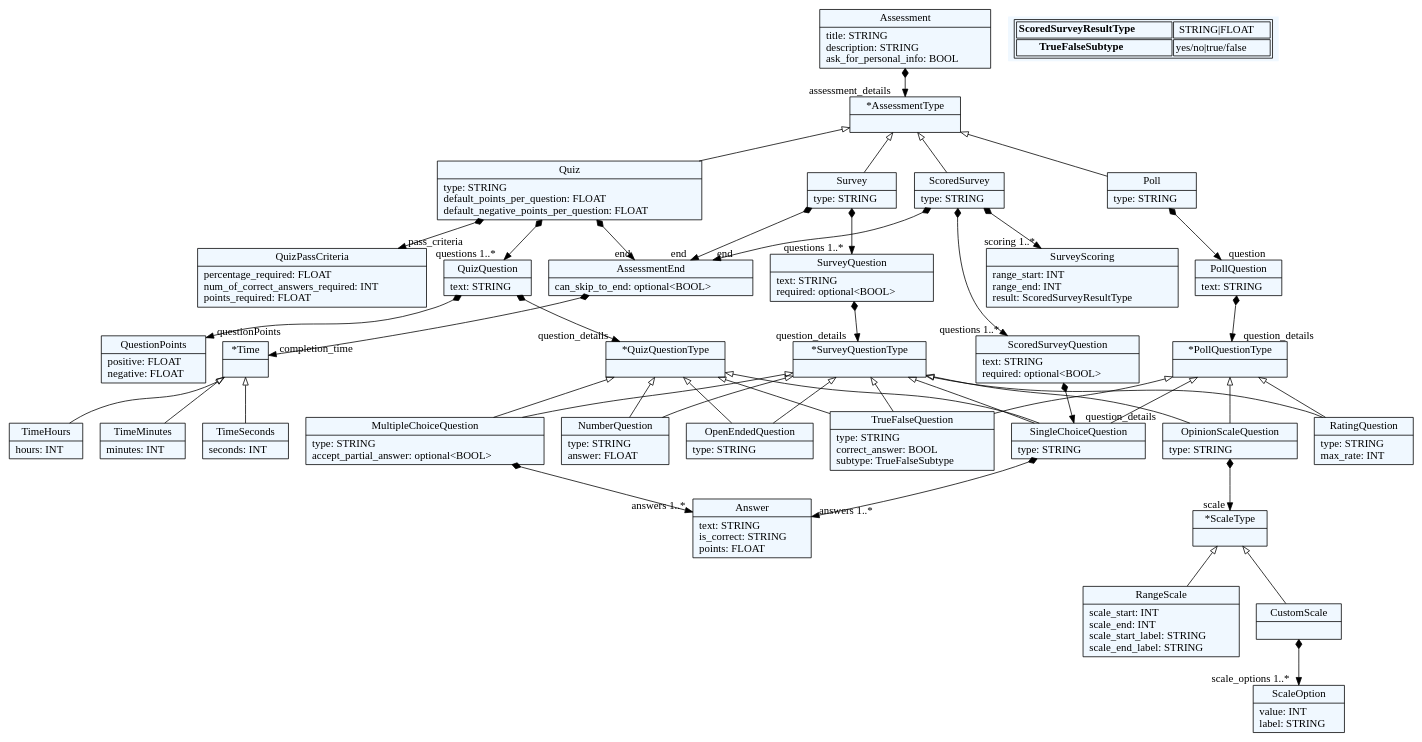
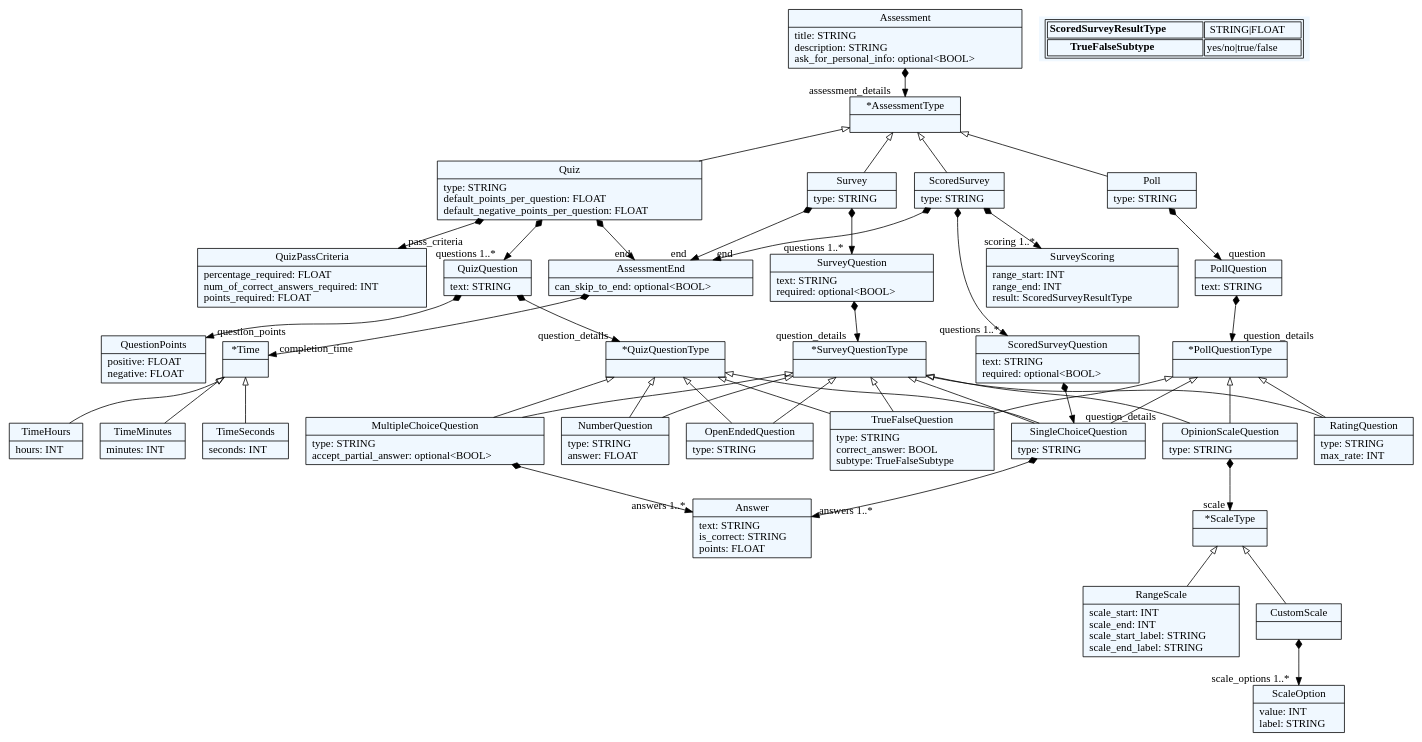
One commit to NevenaAl/QuesTech changed the diagram in dot_files/grammar.dot. Above: the diagram before and after it, drawn with Graphviz. The commit also changed 4 other files, not shown here.

```diff
--- a/dot_files/grammar.dot
+++ b/dot_files/grammar.dot
@@ -1,137 +1,137 @@
 
     digraph textX {
     fontname = "Bitstream Vera Sans"
     fontsize = 8
     node[
         shape=record,
         style=filled,
         fillcolor=aliceblue
     ]
     nodesep = 0.3
     edge[dir=black,arrowtail=empty]
 
 
-1484176457264[ label="{Assessment|title: STRING\ldescription: STRING\lask_for_personal_info: BOOL\l}"]
+1882479885040[ label="{Assessment|title: STRING\ldescription: STRING\lask_for_personal_info: optional\<BOOL\>\l}"]
 
-1484176458240[ label="{*AssessmentType|}"]
+1882479856736[ label="{*AssessmentType|}"]
 
-1484176429936[ label="{Quiz|type: STRING\ldefault_points_per_question: FLOAT\ldefault_negative_points_per_question: FLOAT\l}"]
+1882479882112[ label="{Quiz|type: STRING\ldefault_points_per_question: FLOAT\ldefault_negative_points_per_question: FLOAT\l}"]
 
-1484176428960[ label="{Survey|type: STRING\l}"]
+1882479884064[ label="{Survey|type: STRING\l}"]
 
-1484176427984[ label="{ScoredSurvey|type: STRING\l}"]
+1882479887968[ label="{ScoredSurvey|type: STRING\l}"]
 
-1484176462144[ label="{Poll|type: STRING\l}"]
+1882479855760[ label="{Poll|type: STRING\l}"]
 
-1484176463120[ label="{SurveyScoring|range_start: INT\lrange_end: INT\lresult: ScoredSurveyResultType\l}"]
+1882479889920[ label="{SurveyScoring|range_start: INT\lrange_end: INT\lresult: ScoredSurveyResultType\l}"]
 
-1484176465072[ label="{PollQuestion|text: STRING\l}"]
+1882479858688[ label="{PollQuestion|text: STRING\l}"]
 
-1484176467024[ label="{SurveyQuestion|text: STRING\lrequired: optional\<BOOL\>\l}"]
+1882479897728[ label="{SurveyQuestion|text: STRING\lrequired: optional\<BOOL\>\l}"]
 
-1484176468976[ label="{QuizQuestion|text: STRING\l}"]
+1882479892848[ label="{QuizQuestion|text: STRING\l}"]
 
-1484176470928[ label="{ScoredSurveyQuestion|text: STRING\lrequired: optional\<BOOL\>\l}"]
+1882479898704[ label="{ScoredSurveyQuestion|text: STRING\lrequired: optional\<BOOL\>\l}"]
 
-1484176479712[ label="{*SurveyQuestionType|}"]
+1882479896752[ label="{*SurveyQuestionType|}"]
 
-1484176471904[ label="{*QuizQuestionType|}"]
+1882479867472[ label="{*QuizQuestionType|}"]
 
-1484176473856[ label="{*PollQuestionType|}"]
+1882479901632[ label="{*PollQuestionType|}"]
 
-1484176474832[ label="{QuizPassCriteria|percentage_required: FLOAT\lnum_of_correct_answers_required: INT\lpoints_required: FLOAT\l}"]
+1882479912368[ label="{QuizPassCriteria|percentage_required: FLOAT\lnum_of_correct_answers_required: INT\lpoints_required: FLOAT\l}"]
 
-1484176477760[ label="{QuestionPoints|positive: FLOAT\lnegative: FLOAT\l}"]
+1882479904560[ label="{QuestionPoints|positive: FLOAT\lnegative: FLOAT\l}"]
 
-1484176481664[ label="{OpenEndedQuestion|type: STRING\l}"]
+1882479906512[ label="{OpenEndedQuestion|type: STRING\l}"]
 
-1484176483616[ label="{TrueFalseQuestion|type: STRING\lcorrect_answer: BOOL\lsubtype: TrueFalseSubtype\l}"]
+1882479909440[ label="{TrueFalseQuestion|type: STRING\lcorrect_answer: BOOL\lsubtype: TrueFalseSubtype\l}"]
 
-1484176489472[ label="{SingleChoiceQuestion|type: STRING\l}"]
+1882479911392[ label="{SingleChoiceQuestion|type: STRING\l}"]
 
-1484176485568[ label="{MultipleChoiceQuestion|type: STRING\laccept_partial_answer: optional\<BOOL\>\l}"]
+1882479915296[ label="{MultipleChoiceQuestion|type: STRING\laccept_partial_answer: optional\<BOOL\>\l}"]
 
-1484176592336[ label="{NumberQuestion|type: STRING\lanswer: FLOAT\l}"]
+1882479997664[ label="{NumberQuestion|type: STRING\lanswer: FLOAT\l}"]
 
-1484176563056[ label="{OpinionScaleQuestion|type: STRING\l}"]
+1882480012304[ label="{OpinionScaleQuestion|type: STRING\l}"]
 
-1484176574768[ label="{*ScaleType|}"]
+1882479999616[ label="{*ScaleType|}"]
 
-1484176562080[ label="{RangeScale|scale_start: INT\lscale_end: INT\lscale_start_label: STRING\lscale_end_label: STRING\l}"]
+1882480016208[ label="{RangeScale|scale_start: INT\lscale_end: INT\lscale_start_label: STRING\lscale_end_label: STRING\l}"]
 
-1484176566960[ label="{CustomScale|}"]
+1882480001568[ label="{CustomScale|}"]
 
-1484176568912[ label="{ScaleOption|value: INT\llabel: STRING\l}"]
+1882480024016[ label="{ScaleOption|value: INT\llabel: STRING\l}"]
 
-1484176567936[ label="{RatingQuestion|type: STRING\lmax_rate: INT\l}"]
+1882480004496[ label="{RatingQuestion|type: STRING\lmax_rate: INT\l}"]
 
-1484176591360[ label="{Answer|text: STRING\lis_correct: STRING\lpoints: FLOAT\l}"]
+1882480008400[ label="{Answer|text: STRING\lis_correct: STRING\lpoints: FLOAT\l}"]
 
-1484176560128[ label="{AssessmentEnd|can_skip_to_end: optional\<BOOL\>\l}"]
+1882480019136[ label="{AssessmentEnd|can_skip_to_end: optional\<BOOL\>\l}"]
 
-1484176565008[ label="{TimeHours|hours: INT\l}"]
+1882479998640[ label="{TimeHours|hours: INT\l}"]
 
-1484176576720[ label="{TimeMinutes|minutes: INT\l}"]
+1882479994736[ label="{TimeMinutes|minutes: INT\l}"]
 
-1484176561104[ label="{TimeSeconds|seconds: INT\l}"]
+1882480009376[ label="{TimeSeconds|seconds: INT\l}"]
 
-1484176603072[ label="{*Time|}"]
+1882479991808[ label="{*Time|}"]
 
 
 
-1484176457264 -> 1484176458240[arrowtail=diamond, dir=both, headlabel="assessment_details "]
-1484176458240 -> 1484176429936 [dir=back]
-1484176458240 -> 1484176428960 [dir=back]
-1484176458240 -> 1484176427984 [dir=back]
-1484176458240 -> 1484176462144 [dir=back]
-1484176429936 -> 1484176468976[arrowtail=diamond, dir=both, headlabel="questions 1..*"]
-1484176429936 -> 1484176560128[arrowtail=diamond, dir=both, headlabel="end "]
-1484176429936 -> 1484176474832[arrowtail=diamond, dir=both, headlabel="pass_criteria "]
-1484176428960 -> 1484176467024[arrowtail=diamond, dir=both, headlabel="questions 1..*"]
-1484176428960 -> 1484176560128[arrowtail=diamond, dir=both, headlabel="end "]
-1484176427984 -> 1484176470928[arrowtail=diamond, dir=both, headlabel="questions 1..*"]
-1484176427984 -> 1484176560128[arrowtail=diamond, dir=both, headlabel="end "]
-1484176427984 -> 1484176463120[arrowtail=diamond, dir=both, headlabel="scoring 1..*"]
-1484176462144 -> 1484176465072[arrowtail=diamond, dir=both, headlabel="question "]
-1484176465072 -> 1484176473856[arrowtail=diamond, dir=both, headlabel="question_details "]
-1484176467024 -> 1484176479712[arrowtail=diamond, dir=both, headlabel="question_details "]
-1484176468976 -> 1484176471904[arrowtail=diamond, dir=both, headlabel="question_details "]
-1484176468976 -> 1484176477760[arrowtail=diamond, dir=both, headlabel="questionPoints "]
-1484176470928 -> 1484176489472[arrowtail=diamond, dir=both, headlabel="question_details "]
-1484176479712 -> 1484176481664 [dir=back]
-1484176479712 -> 1484176489472 [dir=back]
-1484176479712 -> 1484176485568 [dir=back]
-1484176479712 -> 1484176483616 [dir=back]
-1484176479712 -> 1484176592336 [dir=back]
-1484176479712 -> 1484176563056 [dir=back]
-1484176479712 -> 1484176567936 [dir=back]
-1484176471904 -> 1484176481664 [dir=back]
-1484176471904 -> 1484176489472 [dir=back]
-1484176471904 -> 1484176485568 [dir=back]
-1484176471904 -> 1484176483616 [dir=back]
-1484176471904 -> 1484176592336 [dir=back]
-1484176473856 -> 1484176489472 [dir=back]
-1484176473856 -> 1484176483616 [dir=back]
-1484176473856 -> 1484176567936 [dir=back]
-1484176473856 -> 1484176563056 [dir=back]
-1484176489472 -> 1484176591360[arrowtail=diamond, dir=both, headlabel="answers 1..*"]
-1484176485568 -> 1484176591360[arrowtail=diamond, dir=both, headlabel="answers 1..*"]
-1484176563056 -> 1484176574768[arrowtail=diamond, dir=both, headlabel="scale "]
-1484176574768 -> 1484176562080 [dir=back]
-1484176574768 -> 1484176566960 [dir=back]
-1484176566960 -> 1484176568912[arrowtail=diamond, dir=both, headlabel="scale_options 1..*"]
-1484176560128 -> 1484176603072[arrowtail=diamond, dir=both, headlabel="completion_time "]
-1484176603072 -> 1484176565008 [dir=back]
-1484176603072 -> 1484176576720 [dir=back]
-1484176603072 -> 1484176561104 [dir=back]
+1882479885040 -> 1882479856736[arrowtail=diamond, dir=both, headlabel="assessment_details "]
+1882479856736 -> 1882479882112 [dir=back]
+1882479856736 -> 1882479884064 [dir=back]
+1882479856736 -> 1882479887968 [dir=back]
+1882479856736 -> 1882479855760 [dir=back]
+1882479882112 -> 1882479892848[arrowtail=diamond, dir=both, headlabel="questions 1..*"]
+1882479882112 -> 1882480019136[arrowtail=diamond, dir=both, headlabel="end "]
+1882479882112 -> 1882479912368[arrowtail=diamond, dir=both, headlabel="pass_criteria "]
+1882479884064 -> 1882479897728[arrowtail=diamond, dir=both, headlabel="questions 1..*"]
+1882479884064 -> 1882480019136[arrowtail=diamond, dir=both, headlabel="end "]
+1882479887968 -> 1882479898704[arrowtail=diamond, dir=both, headlabel="questions 1..*"]
+1882479887968 -> 1882480019136[arrowtail=diamond, dir=both, headlabel="end "]
+1882479887968 -> 1882479889920[arrowtail=diamond, dir=both, headlabel="scoring 1..*"]
+1882479855760 -> 1882479858688[arrowtail=diamond, dir=both, headlabel="question "]
+1882479858688 -> 1882479901632[arrowtail=diamond, dir=both, headlabel="question_details "]
+1882479897728 -> 1882479896752[arrowtail=diamond, dir=both, headlabel="question_details "]
+1882479892848 -> 1882479867472[arrowtail=diamond, dir=both, headlabel="question_details "]
+1882479892848 -> 1882479904560[arrowtail=diamond, dir=both, headlabel="question_points "]
+1882479898704 -> 1882479911392[arrowtail=diamond, dir=both, headlabel="question_details "]
+1882479896752 -> 1882479906512 [dir=back]
+1882479896752 -> 1882479911392 [dir=back]
+1882479896752 -> 1882479915296 [dir=back]
+1882479896752 -> 1882479909440 [dir=back]
+1882479896752 -> 1882479997664 [dir=back]
+1882479896752 -> 1882480012304 [dir=back]
+1882479896752 -> 1882480004496 [dir=back]
+1882479867472 -> 1882479906512 [dir=back]
+1882479867472 -> 1882479911392 [dir=back]
+1882479867472 -> 1882479915296 [dir=back]
+1882479867472 -> 1882479909440 [dir=back]
+1882479867472 -> 1882479997664 [dir=back]
+1882479901632 -> 1882479911392 [dir=back]
+1882479901632 -> 1882479909440 [dir=back]
+1882479901632 -> 1882480004496 [dir=back]
+1882479901632 -> 1882480012304 [dir=back]
+1882479911392 -> 1882480008400[arrowtail=diamond, dir=both, headlabel="answers 1..*"]
+1882479915296 -> 1882480008400[arrowtail=diamond, dir=both, headlabel="answers 1..*"]
+1882480012304 -> 1882479999616[arrowtail=diamond, dir=both, headlabel="scale "]
+1882479999616 -> 1882480016208 [dir=back]
+1882479999616 -> 1882480001568 [dir=back]
+1882480001568 -> 1882480024016[arrowtail=diamond, dir=both, headlabel="scale_options 1..*"]
+1882480019136 -> 1882479991808[arrowtail=diamond, dir=both, headlabel="completion_time "]
+1882479991808 -> 1882479998640 [dir=back]
+1882479991808 -> 1882479994736 [dir=back]
+1882479991808 -> 1882480009376 [dir=back]
 match_rules [ shape=plaintext, label=< <table>
 	<tr>
 		<td><b>ScoredSurveyResultType</b></td><td>STRING|FLOAT</td>
 	</tr>
 	<tr>
 		<td><b>TrueFalseSubtype</b></td><td>yes/no|true/false</td>
 	</tr>
 </table> >]
 
 
 }
```
